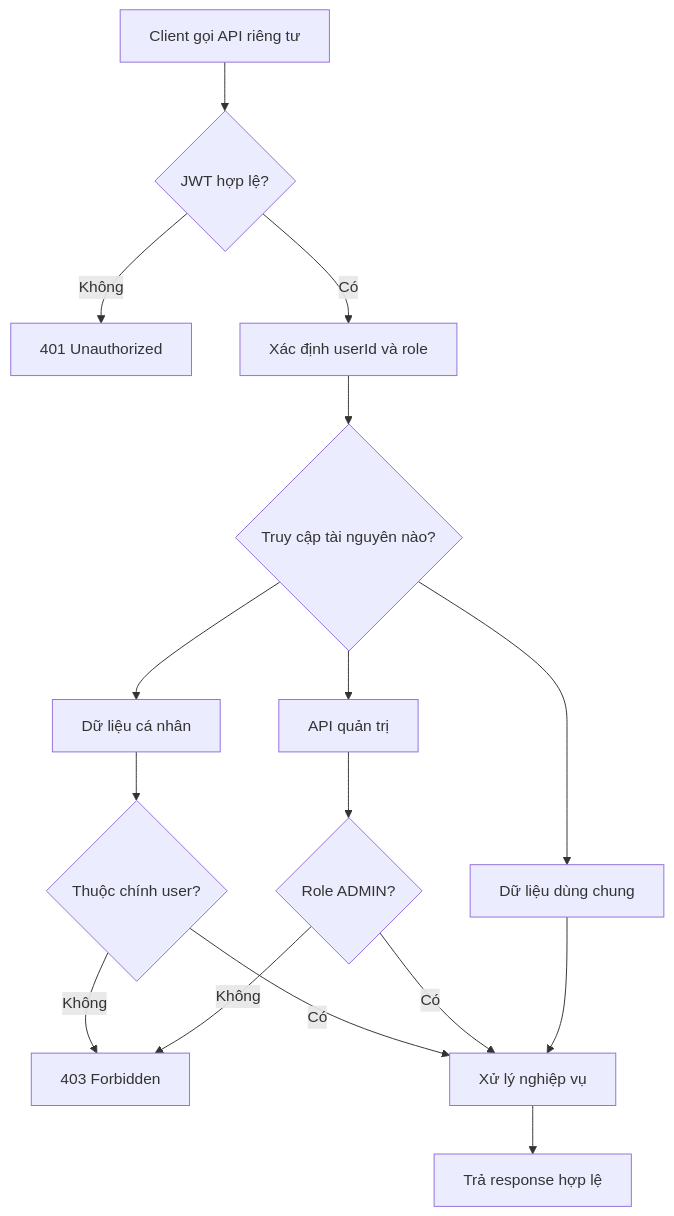
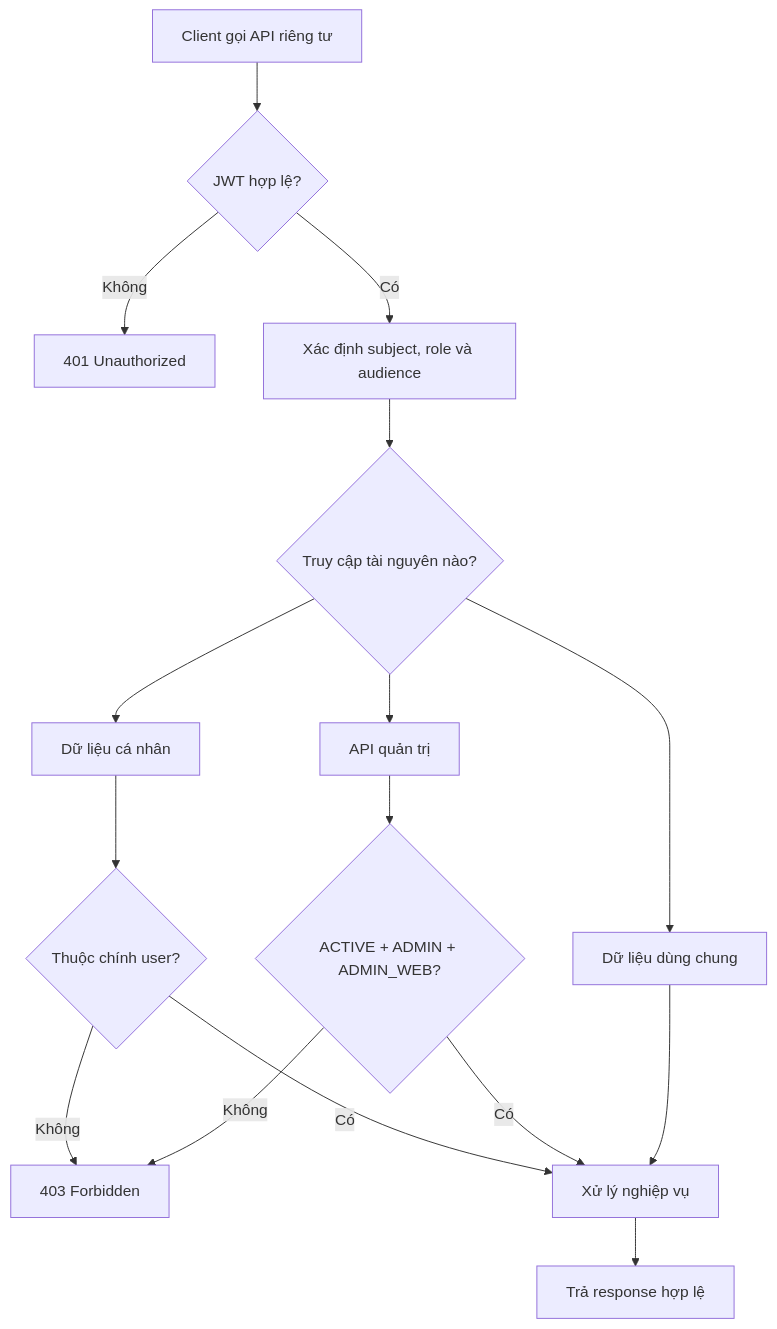
Before and after one commit to tgiahuy/VieGym: diagram 18 of 21 in docs/spec/bussiness_mainflow.md, drawn with Mermaid. The commit also changed other lines of this file and 19 other files, not shown here.

````diff
--- a/docs/spec/bussiness_mainflow.md
+++ b/docs/spec/bussiness_mainflow.md
@@ -1413,22 +1424,22 @@
 ```mermaid
 flowchart TD
     Request[Client gọi API riêng tư] --> Token{JWT hợp lệ?}
     Token -- Không --> Unauthorized[401 Unauthorized]
-    Token -- Có --> Identity[Xác định userId và role]
+    Token -- Có --> Identity[Xác định subject, role và audience]
 
     Identity --> Resource{Truy cập tài nguyên nào?}
     Resource --> OwnData[Dữ liệu cá nhân]
     Resource --> AdminAPI[API quản trị]
     Resource --> PublicData[Dữ liệu dùng chung]
 
     OwnData --> Owner{Thuộc chính user?}
     Owner -- Không --> Forbidden[403 Forbidden]
     Owner -- Có --> Process[Xử lý nghiệp vụ]
 
-    AdminAPI --> IsAdmin{Role ADMIN?}
+    AdminAPI --> IsAdmin{ACTIVE + ADMIN + ADMIN_WEB?}
     IsAdmin -- Không --> Forbidden
     IsAdmin -- Có --> Process
 
     PublicData --> Process
     Process --> Response[Trả response hợp lệ]
 ```
````
